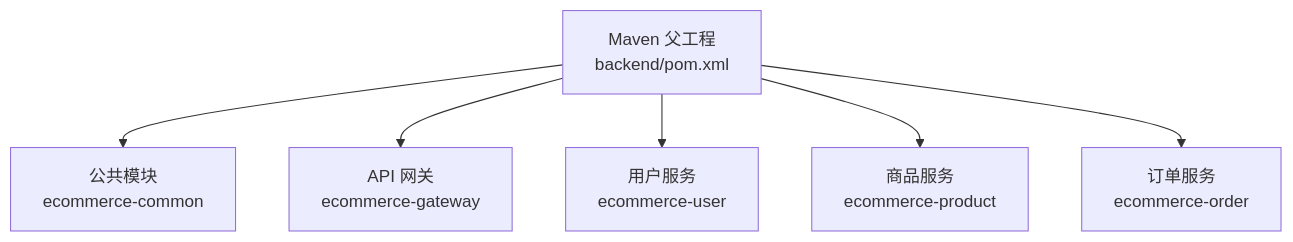
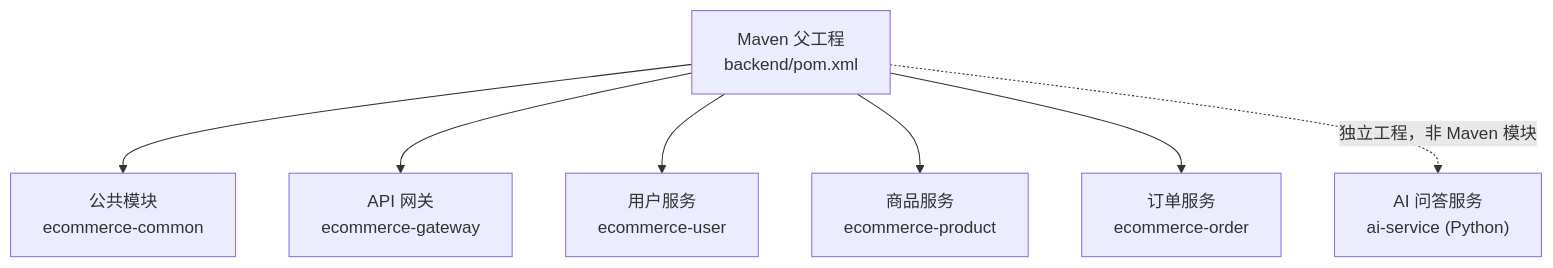
One commit to haohailiang/qoder-fullstack changed the first of 10 diagrams in .qoder/repowiki/zh/content/后端架构设计/后端架构设计.md. Above: the diagram before and after it, drawn with Mermaid. The commit also changed other lines of this file and 33 other files, not shown here.

````diff
--- a/.qoder/repowiki/zh/content/后端架构设计/后端架构设计.md
+++ b/.qoder/repowiki/zh/content/后端架构设计/后端架构设计.md
@@ -39,8 +44,9 @@
 ```mermaid
 graph TB
 Parent["Maven 父工程<br/>backend/pom.xml"] --> Common["公共模块<br/>ecommerce-common"]
 Parent --> Gateway["API 网关<br/>ecommerce-gateway"]
 Parent --> User["用户服务<br/>ecommerce-user"]
 Parent --> Product["商品服务<br/>ecommerce-product"]
 Parent --> Order["订单服务<br/>ecommerce-order"]
+Parent -.->|"独立工程，非 Maven 模块"| AI["AI 问答服务<br/>ai-service (Python)"]
 ```
````
